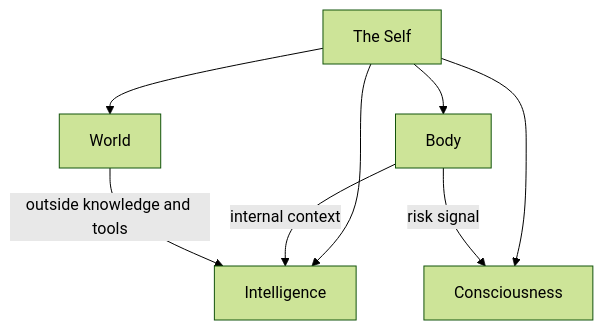
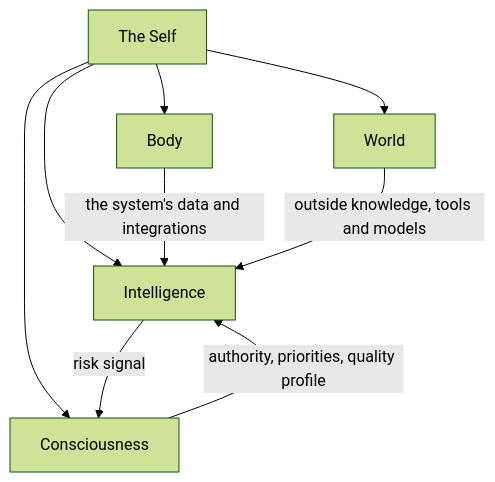
One commit to SpiritualData/ai-hub-of-hubs-structure changed the diagram in README.md. Above: the diagram before and after it, drawn with Mermaid (forest theme). The commit also changed other lines of this file and 44 other files, not shown here.

First line of the commit message:
Registry, docs, README analogy and tests follow the hierarchy: Response Quality area, retired ids, flow tests

````diff
--- a/README.md
+++ b/README.md
@@ -34,15 +34,13 @@
 ```mermaid
 flowchart TB
   SELF["The Self"]
   BODY["Body"]
   INT["Intelligence"]
   WORLD["World"]
   CON["Consciousness"]
-  SELF --> BODY
-  SELF --> INT
-  SELF --> WORLD
-  SELF --> CON
-  BODY -- "internal context" --> INT
-  WORLD -- "outside knowledge and tools" --> INT
-  BODY -- "risk signal" --> CON
+  SELF --> BODY & INT & WORLD & CON
+  CON -- "authority, priorities, quality profile" --> INT
+  BODY -- "the system's data and integrations" --> INT
+  WORLD -- "outside knowledge, tools and models" --> INT
+  INT -- "risk signal" --> CON
 ```
````
